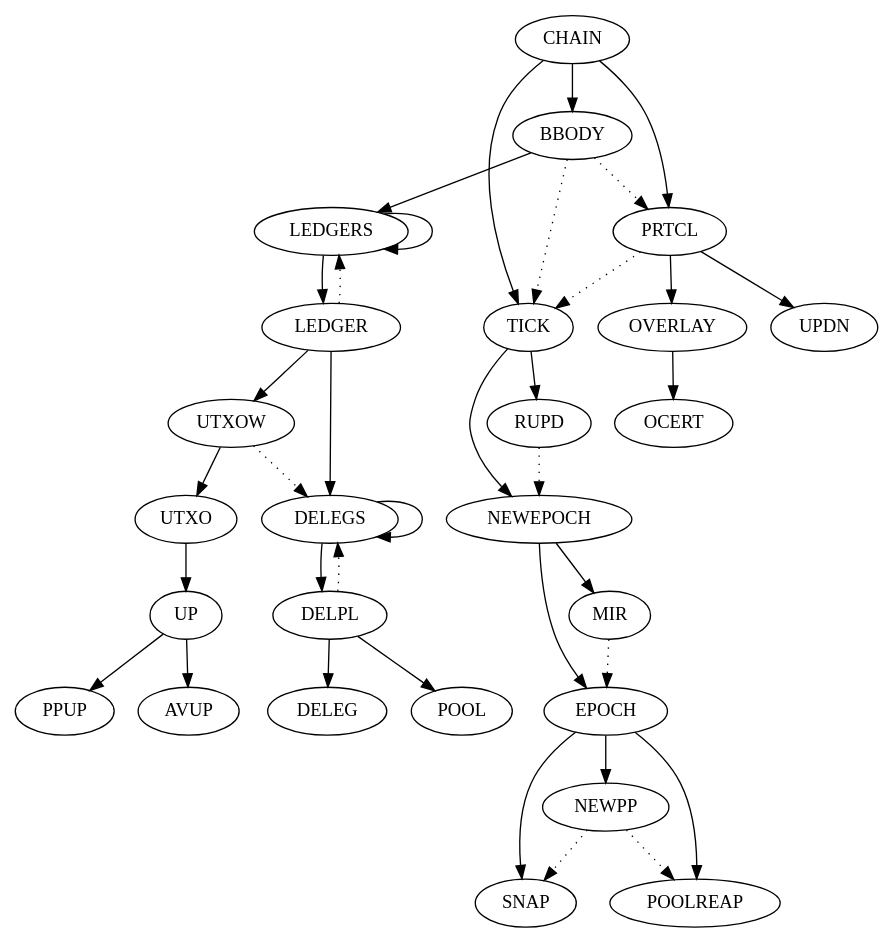
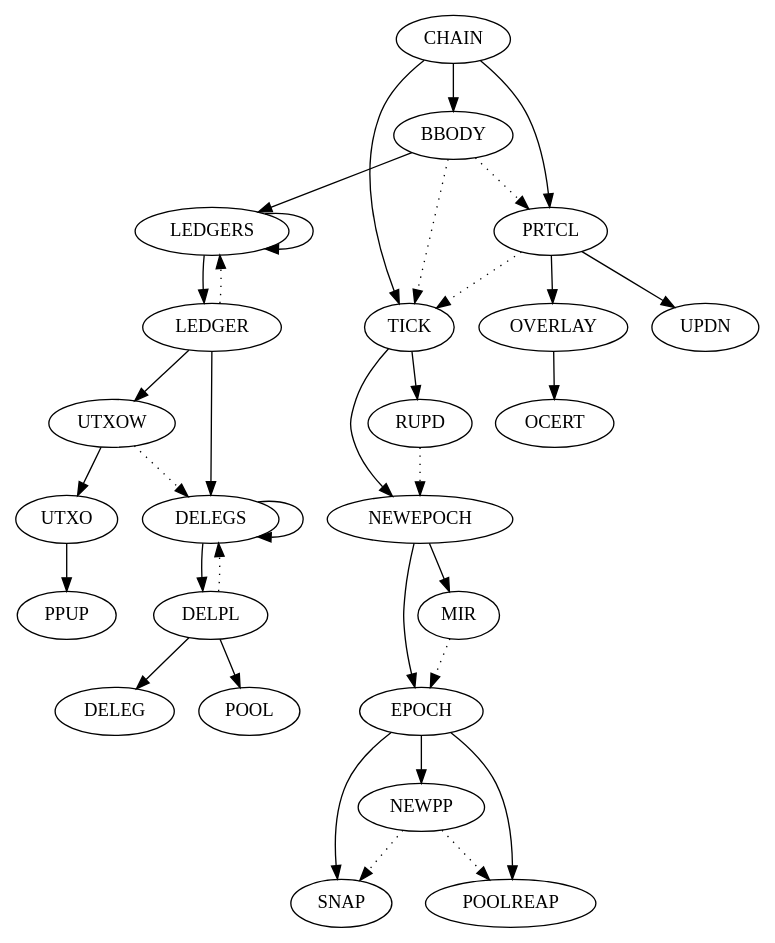
One commit to IntersectMBO/cardano-ledger changed the diagram in shelley/chain-and-ledger/formal-spec/rules.dot. Above: the diagram before and after it, drawn with Graphviz. The commit also changed 9 other files, not shown here.

```diff
--- a/shelley/chain-and-ledger/formal-spec/rules.dot
+++ b/shelley/chain-and-ledger/formal-spec/rules.dot
@@ -1,50 +1,47 @@
 digraph STS {
         CHAIN -> BBODY
         CHAIN -> PRTCL
         CHAIN -> TICK
         BBODY -> PRTCL [style=dotted]
         BBODY -> TICK [style=dotted]
         PRTCL -> TICK [style=dotted]
 
         UTXOW -> UTXO
         UTXOW -> DELEGS [style=dotted]
-        UTXO  -> UP
-
-        UP -> PPUP
-        UP -> AVUP
+        UTXO  -> PPUP
 
         DELEGS -> DELPL
         DELEGS -> DELEGS
         DELPL  -> DELEGS [style=dotted]
 
         DELPL -> DELEG
         DELPL -> POOL
 
         LEDGER -> DELEGS
         LEDGER -> UTXOW
 
         LEDGERS -> LEDGER
         LEDGERS -> LEDGERS
         LEDGER  -> LEDGERS [style=dotted]
 
         EPOCH -> SNAP
         EPOCH -> POOLREAP
         EPOCH -> NEWPP
         NEWPP -> POOLREAP [style=dotted]
         NEWPP -> SNAP [style=dotted]
 
         NEWEPOCH -> EPOCH
         NEWEPOCH -> MIR
         MIR -> EPOCH [style=dotted]
 
         TICK -> RUPD
         TICK -> NEWEPOCH
         RUPD -> NEWEPOCH [style=dotted]
 
         OVERLAY -> OCERT
 
         PRTCL -> UPDN
         PRTCL -> OVERLAY
 
         BBODY -> LEDGERS
 }
```
